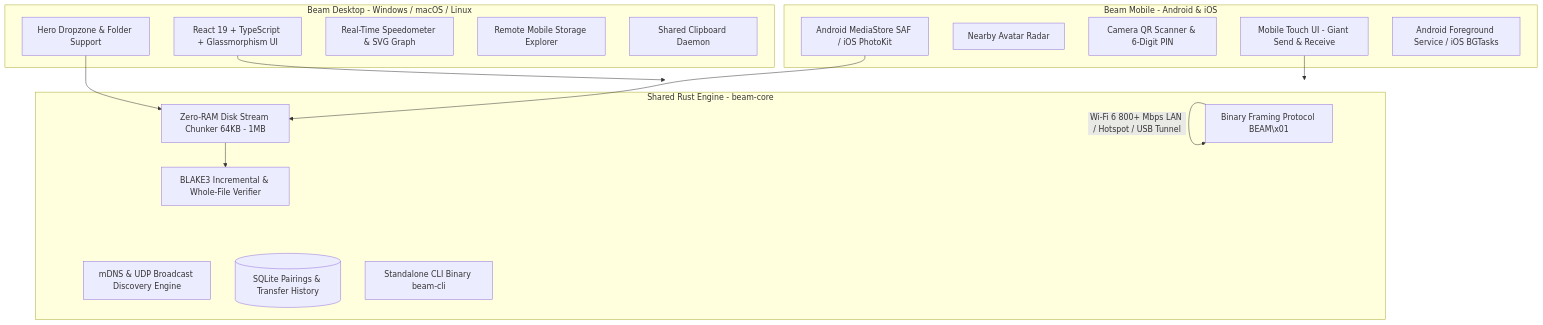
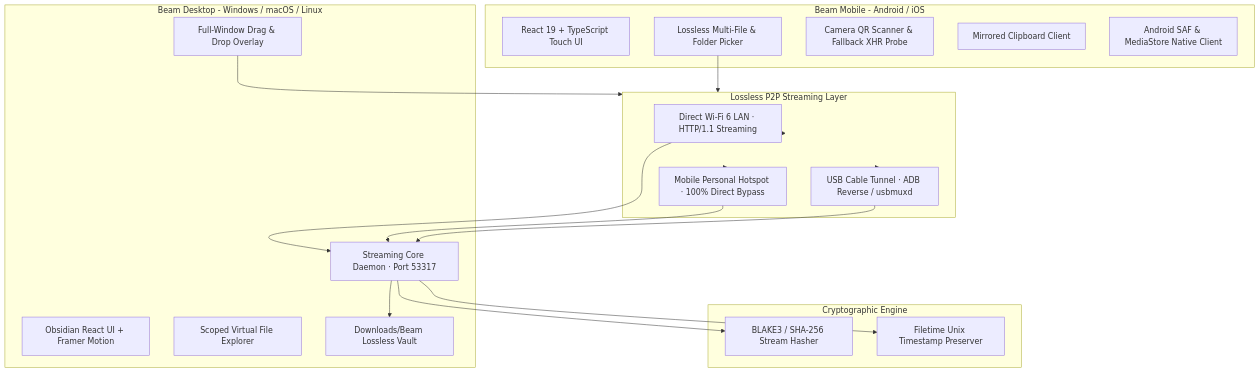
The diagram in README.md (Sukh-1705/Beam), drawn with Mermaid before and after one commit. The commit also changed other lines of this file and 28 other files, not shown here.

````diff
--- a/README.md
+++ b/README.md
@@ -11,34 +34,37 @@
 ```mermaid
 graph TD
-    subgraph BeamDesktop [Beam Desktop - Windows / macOS / Linux]
-        D_UI[React 19 + TypeScript + Glassmorphism UI]
-        D_Drop[Hero Dropzone & Folder Support]
-        D_Speed[Real-Time Speedometer & SVG Graph]
-        D_VFS[Remote Mobile Storage Explorer]
-        D_Clip[Shared Clipboard Daemon]
+    subgraph Mobile [Beam Mobile - Android / iOS]
+        M_UI[React 19 + TypeScript Touch UI]
+        M_Picker[Lossless Multi-File & Folder Picker]
+        M_QR[Camera QR Scanner & Fallback XHR Probe]
+        M_Clip[Mirrored Clipboard Client]
+        M_SAF[Android SAF & MediaStore Native Client]
     end
 
-    subgraph BeamMobile [Beam Mobile - Android & iOS]
-        M_UI[Mobile Touch UI - Giant Send & Receive]
-        M_Radar[Nearby Avatar Radar]
-        M_QR[Camera QR Scanner & 6-Digit PIN]
-        M_SAF[Android MediaStore SAF / iOS PhotoKit]
-        M_FS[Android Foreground Service / iOS BGTasks]
+    subgraph Transport [Lossless P2P Streaming Layer]
+        WIFI[Direct Wi-Fi 6 LAN · HTTP/1.1 Streaming]
+        HOTSPOT[Mobile Personal Hotspot · 100% Direct Bypass]
+        USB[USB Cable Tunnel · ADB Reverse / usbmuxd]
     end
 
-    subgraph BeamCore [Shared Rust Engine - beam-core]
-        Proto[Binary Framing Protocol BEAM\x01]
-        Stream[Zero-RAM Disk Stream Chunker 64KB - 1MB]
-        B3[BLAKE3 Incremental & Whole-File Verifier]
-        Disco[mDNS & UDP Broadcast Discovery Engine]
-        DB[(SQLite Pairings & Transfer History)]
-        CLI[Standalone CLI Binary beam-cli]
+    subgraph Desktop [Beam Desktop - Windows / macOS / Linux]
+        D_UI[Obsidian React UI + Framer Motion]
+        D_Drop[Full-Window Drag & Drop Overlay]
+        D_Daemon[Streaming Core Daemon · Port 53317]
+        D_VFS[Scoped Virtual File Explorer]
+        D_Store[Downloads/Beam Lossless Vault]
     end
 
-    D_UI --> BeamCore
-    M_UI --> BeamCore
-    D_Drop --> Stream
-    M_SAF --> Stream
-    Stream --> B3
-    Proto -->|Wi-Fi 6 800+ Mbps LAN / Hotspot / USB Tunnel| Proto
+    subgraph Verification [Cryptographic Engine]
+        B3[BLAKE3 / SHA-256 Stream Hasher]
+        TimeSync[Filetime Unix Timestamp Preserver]
+    end
+
+    M_Picker --> Transport
+    D_Drop --> Transport
+    Transport --> WIFI & HOTSPOT & USB
+    WIFI & HOTSPOT & USB --> D_Daemon
+    D_Daemon --> D_Store
+    D_Daemon --> B3
+    D_Daemon --> TimeSync
 ```
````
